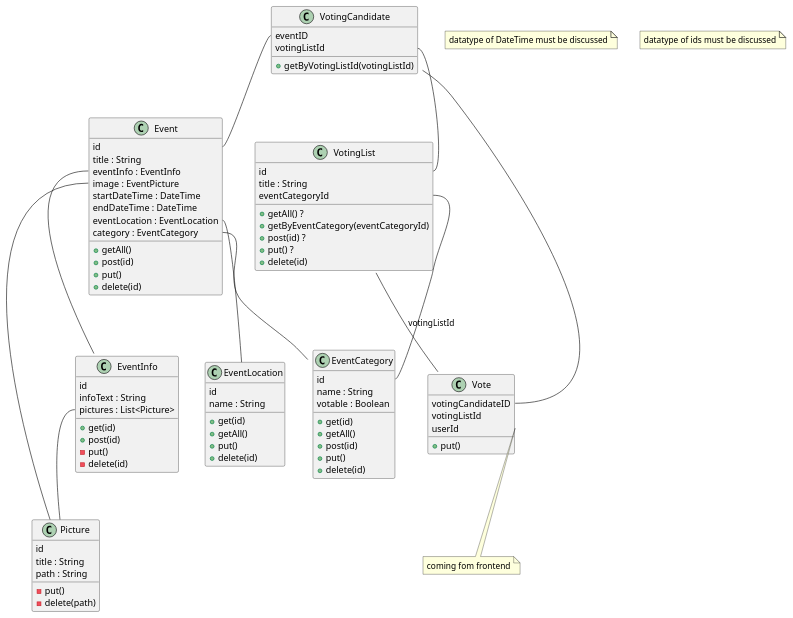
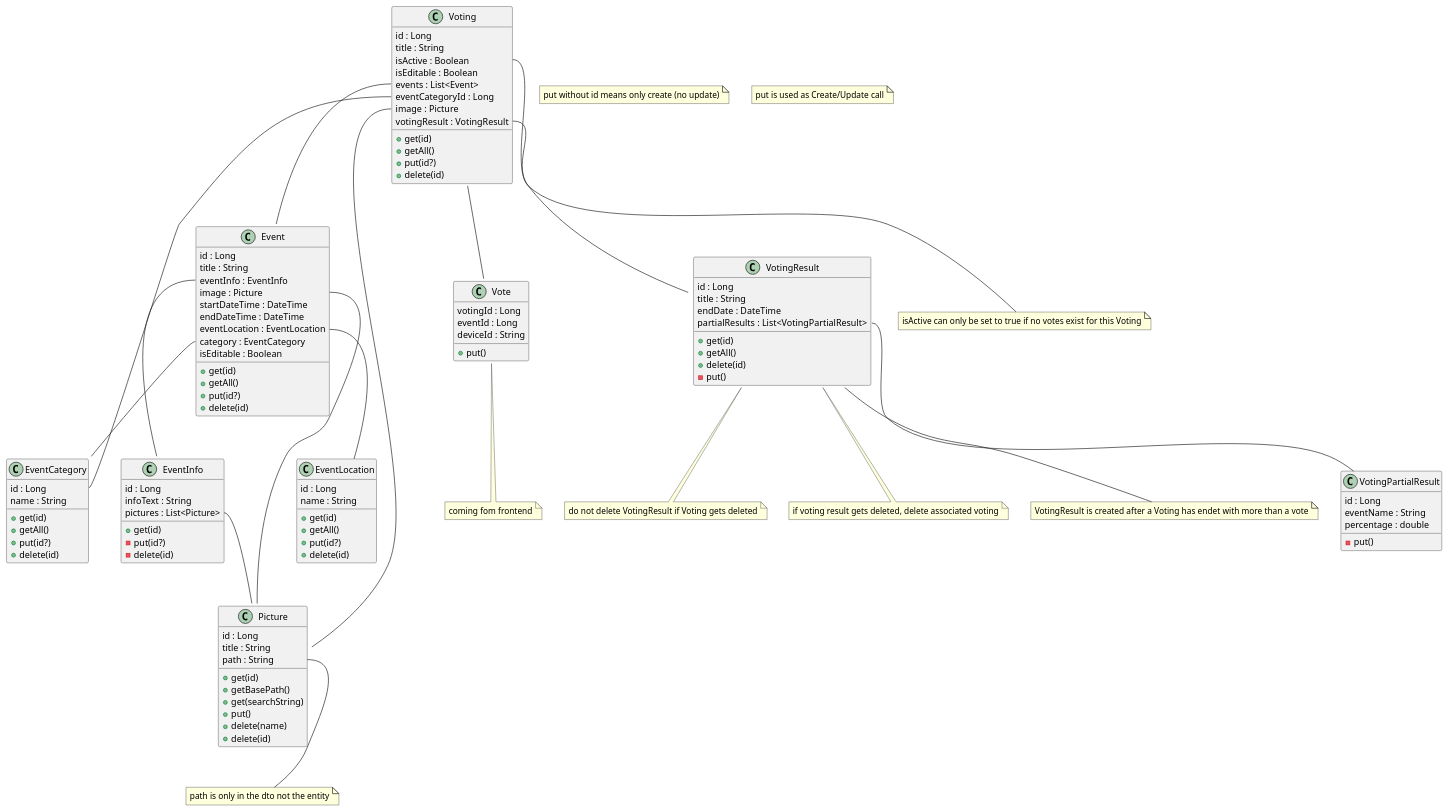
One commit to FH-Joanneum-Iron-Road-for-Children/iron-road-for-children-backend changed the diagram in architecture/class-architecture.v1.puml. Above: the diagram before and after it, drawn with PlantUML.

Commit message:
Updated puml

```diff
--- a/architecture/class-architecture.v1.puml
+++ b/architecture/class-architecture.v1.puml
@@ -1,100 +1,131 @@
 @startuml
 
 class EventCategory{
-    id
+    id : Long
     name : String
-    votable : Boolean
     + get(id)
     + getAll()
-    + post(id)
-    + put()
+    + put(id?)
     + delete(id)
 }
 
 class Event{
-    id
+    id : Long
     title : String
     eventInfo : EventInfo
-    image : EventPicture
+    image : Picture
     startDateTime : DateTime
     endDateTime : DateTime
     eventLocation : EventLocation
     category : EventCategory
-        + getAll()
-        + post(id)
-        + put()
-        + delete(id)
+    isEditable : Boolean
+    + get(id)
+    + getAll()
+    + put(id?)
+    + delete(id)
 }
 
 class EventInfo{
-    id
+    id : Long
     infoText : String
     pictures : List<Picture>
     + get(id)
-    + post(id)
-    - put()
+    - put(id?)
     - delete(id)
 }
 
 class Picture{
-    id
+    id : Long
     title : String
     path : String
-    - put()
-    - delete(path)
+    + get(id)
+    + getBasePath()
+    + get(searchString)
+    + put()
+    + delete(name)
+    + delete(id)
+
 }
 
 class EventLocation{
-    id
+    id : Long
     name : String
     + get(id)
     + getAll()
-    + put()
+    + put(id?)
     + delete(id)
 }
 
 class Vote{
-    votingCandidateID
-    votingListId
-    userId
+    votingId : Long
+    eventId : Long
+    deviceId : String
     + put()
 }
 
-class VotingCandidate{
-    eventID
-    votingListId
-    + getByVotingListId(votingListId)
-}
-
-class VotingList{
-    id
+class Voting{
+    id : Long
     title : String
-    eventCategoryId
-    + getAll() ?
-    + getByEventCategory(eventCategoryId)
-    + post(id) ?
-    + put() ?
+    isActive : Boolean
+    isEditable : Boolean
+    events : List<Event>
+    eventCategoryId : Long
+    image : Picture
+    votingResult : VotingResult
+    + get(id)
+    + getAll()
+    + put(id?)
     + delete(id)
 }
 
-note "datatype of DateTime must be discussed" as N3
-note "datatype of ids must be discussed" as N2
+class VotingResult {
+    id : Long
+    title : String
+    endDate : DateTime
+    partialResults : List<VotingPartialResult>
+    + get(id)
+    +getAll()
+    +delete(id)
+    -put()
+}
+
+class VotingPartialResult {
+    id : Long
+    eventName : String
+    percentage : double
+    - put()
+}
+
+note "put without id means only create (no update)" as N8
+note "do not delete VotingResult if Voting gets deleted" as N7
+note "if voting result gets deleted, delete associated voting" as N6
+note "path is only in the dto not the entity" as N5
+note "isActive can only be set to true if no votes exist for this Voting" as N4
+note "VotingResult is created after a Voting has endet with more than a vote" as N3
+note "put is used as Create/Update call" as N2
 note "coming fom frontend" as N1
 
 Event::image -- Picture
 Event::eventLocation -- EventLocation
 Event::category -- EventCategory
 Event::eventInfo -- EventInfo
 EventInfo::pictures -- Picture
-Vote::votingCandidateID -- VotingCandidate::id
 Vote::userId -- N1
-VotingCandidate::eventID -- Event::id
-VotingCandidate::votingListId -- VotingList::id
-VotingList::eventCategoryId -- EventCategory::id
-VotingList::votingListId -- Vote:votingListId
+Voting::eventCategoryId -- EventCategory::id
+Voting::votingId -- Vote
+Voting::isActive -- N4
+Voting::events -- Event
+Voting::image -- Picture
+Voting::votingResult -- VotingResult
+Picture::path -- N5
+VotingResult::partialResults -- VotingPartialResult
+VotingResult -- N3
+VotingResult -- N6
+VotingResult -- N7
+
 
 
 
 
 
 @enduml
```
